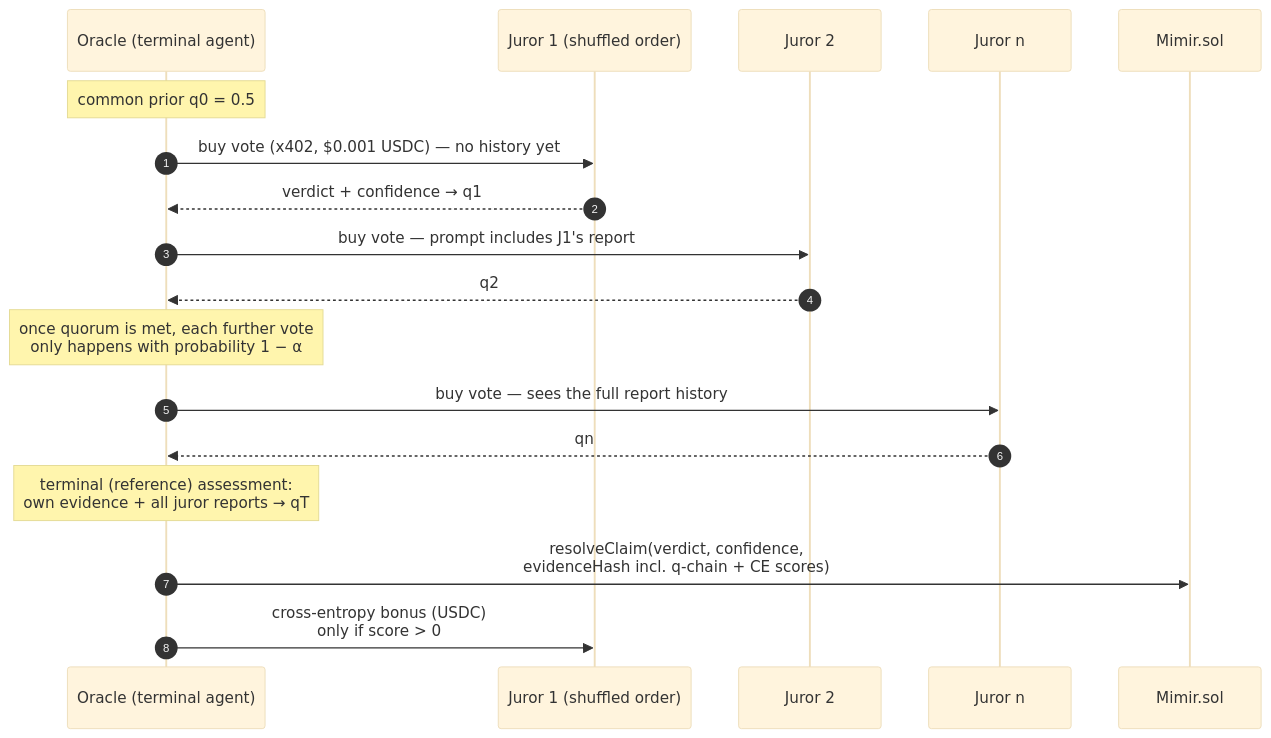
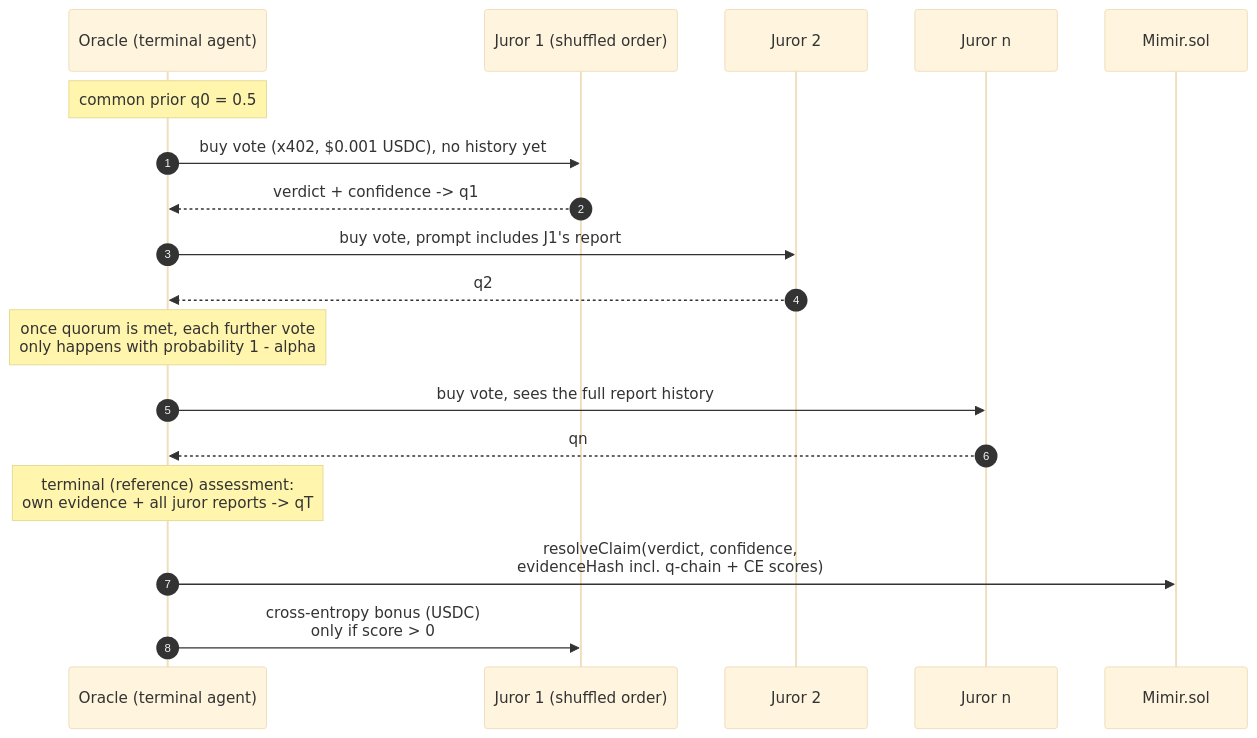
Before and after one commit to enliven17/mimir-base: the fourth of 14 diagrams in README.md, drawn with Mermaid (base theme). The commit also changed other lines of this file and 10 other files, not shown here.

````diff
--- a/README.md
+++ b/README.md
@@ -239,21 +222,21 @@
 ```mermaid
 sequenceDiagram
     autonumber
     participant Oracle as Oracle (terminal agent)
     participant J1 as Juror 1 (shuffled order)
     participant J2 as Juror 2
     participant Jn as Juror n
     participant Contract as Mimir.sol
 
     Note over Oracle: common prior q0 = 0.5
-    Oracle->>J1: buy vote (x402, $0.001 USDC) — no history yet
-    J1-->>Oracle: verdict + confidence → q1
-    Oracle->>J2: buy vote — prompt includes J1's report
+    Oracle->>J1: buy vote (x402, $0.001 USDC), no history yet
+    J1-->>Oracle: verdict + confidence -> q1
+    Oracle->>J2: buy vote, prompt includes J1's report
     J2-->>Oracle: q2
-    Note over Oracle: once quorum is met, each further vote<br/>only happens with probability 1 − α
-    Oracle->>Jn: buy vote — sees the full report history
+    Note over Oracle: once quorum is met, each further vote<br/>only happens with probability 1 - alpha
+    Oracle->>Jn: buy vote, sees the full report history
     Jn-->>Oracle: qn
-    Note over Oracle: terminal (reference) assessment:<br/>own evidence + all juror reports → qT
+    Note over Oracle: terminal (reference) assessment:<br/>own evidence + all juror reports -> qT
     Oracle->>Contract: resolveClaim(verdict, confidence,<br/>evidenceHash incl. q-chain + CE scores)
     Oracle->>J1: cross-entropy bonus (USDC)<br/>only if score > 0
 ```
````
